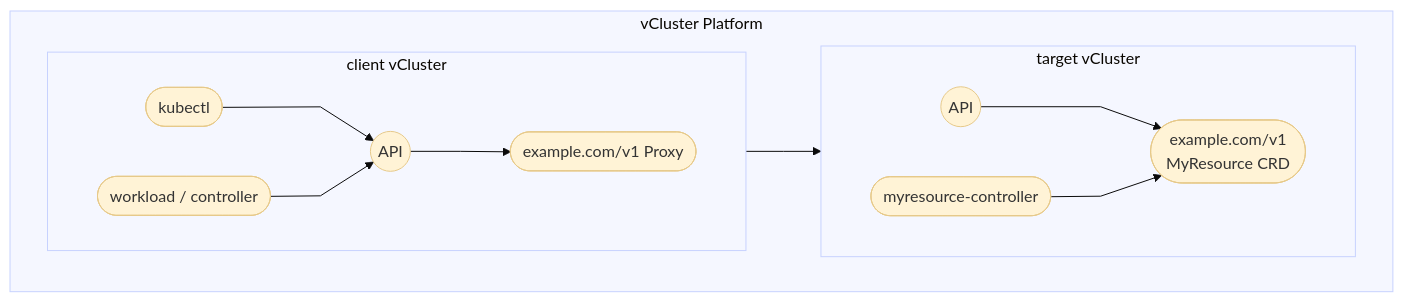
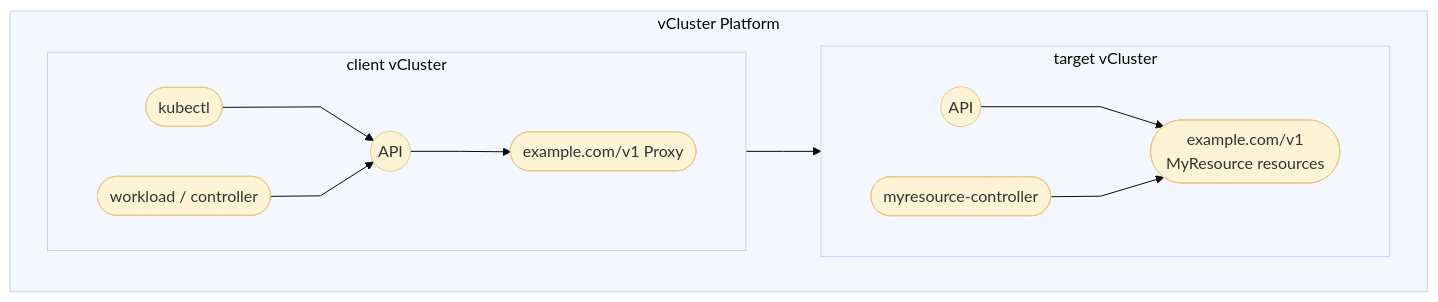
Before and after one commit to loft-sh/vcluster-docs: the first of 4 diagrams in vcluster/configure/vcluster-yaml/experimental/proxy.mdx, drawn with Mermaid. The commit also changed other lines of this file and 18 other files, not shown here.

````diff
--- a/vcluster/configure/vcluster-yaml/experimental/proxy.mdx
+++ b/vcluster/configure/vcluster-yaml/experimental/proxy.mdx
@@ -32,38 +32,38 @@
 ```mermaid
 %%{init: {'theme': 'base', 'themeVariables': {'edgeLabelBackground':'#F3E8FF','edgeLabelColor':'#111827'}, 'flowchart': {'curve': 'linear', 'htmlLabels': true}}}%%
 flowchart LR
   subgraph platform["vCluster Platform"]
     direction LR
 
     subgraph client["client vCluster"]
       direction LR
       kubectl([kubectl])
       workload([workload / controller])
       api((API))
       proxy([example.com/v1 Proxy])
 
       kubectl --> api
       workload --> api
       api --> proxy
     end
 
     subgraph target["target vCluster"]
       direction LR
       tapi((API))
-      crd([example.com/v1<br/>MyResource CRD])
+      crd([example.com/v1<br/>MyResource resources])
       ctrl([myresource-controller])
 
       tapi --> crd
       ctrl --> crd
     end
   end
 
   proxy --> tapi
 
   classDef node fill:#FFF3D6,stroke:#E6C98A,stroke-width:1px,rx:0,ry:0;
   class kubectl,workload,api,proxy,tapi,crd,ctrl node;
 
   style platform fill:#F5F7FF,stroke:#C7D2FE,stroke-width:1px,rx:0,ry:0;
   style client fill:#F5F7FF,stroke:#C7D2FE,stroke-width:1px,rx:0,ry:0;
   style target fill:#F5F7FF,stroke:#C7D2FE,stroke-width:1px,rx:0,ry:0;
 ```
````
